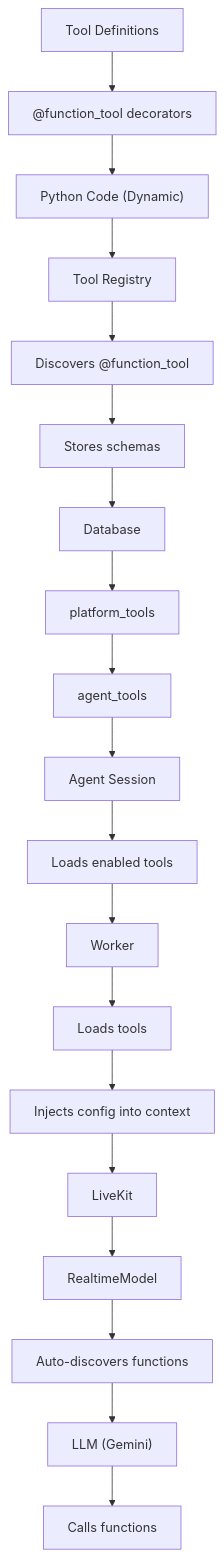
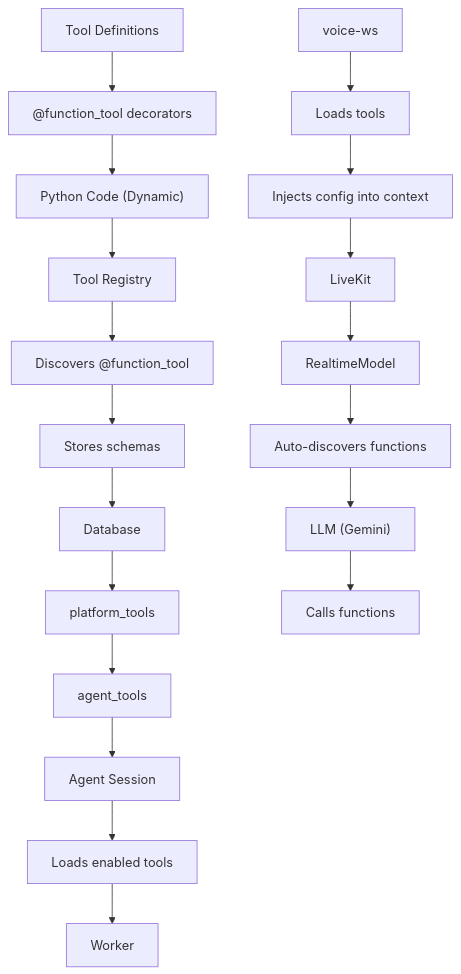
The second of 2 diagrams in docs/03_implementation/dynamic_tool_architecture.md (gauravdhiman/a1-voice-agent-platform), drawn with Mermaid before and after one commit. The commit also changed other lines of this file and 163 other files, not shown here.

Commit message:
feat(voice): remove LiveKit worker; Pipecat voice-ws is the only voice runtime

````diff
--- a/docs/03_implementation/dynamic_tool_architecture.md
+++ b/docs/03_implementation/dynamic_tool_architecture.md
@@ -204,21 +206,21 @@
 ```mermaid
 graph TD
     ToolDefinitions["Tool Definitions"] --> FT1["@function_tool decorators"]
     FT1 --> FT2["Python Code (Dynamic)"]
     FT2 --> ToolRegistry["Tool Registry"]
     ToolRegistry --> TR1["Discovers @function_tool"]
     TR1 --> TR2["Stores schemas"]
     TR2 --> Database["Database"]
     Database --> DB1["platform_tools"]
     DB1 --> DB2["agent_tools"]
     DB2 --> Session["Agent Session"]
     Session --> AS1["Loads enabled tools"]
     AS1 --> Worker["Worker"]
-    Worker --> WK1["Loads tools"]
+    voice-ws --> WK1["Loads tools"]
     WK1 --> WK2["Injects config into context"]
     WK2 --> LiveKit["LiveKit"]
     LiveKit --> LK1["RealtimeModel"]
     LK1 --> LK2["Auto-discovers functions"]
     LK2 --> AI["LLM (Gemini)"]
     AI --> AI1["Calls functions"]
 ```
````
